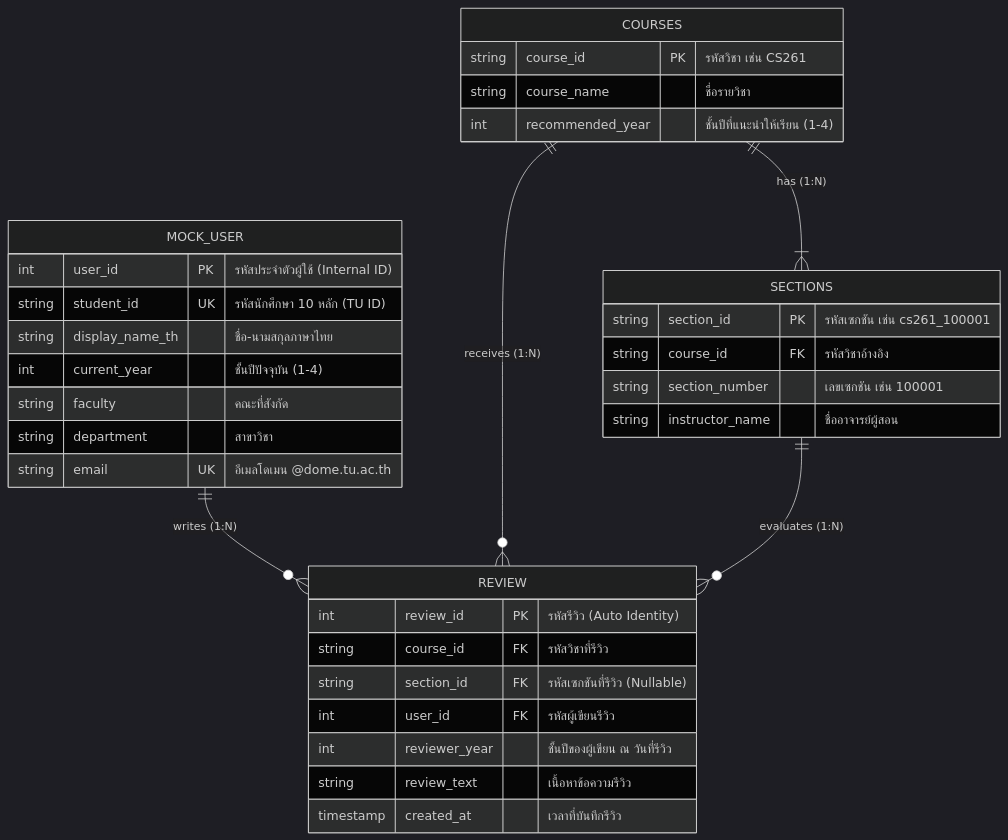
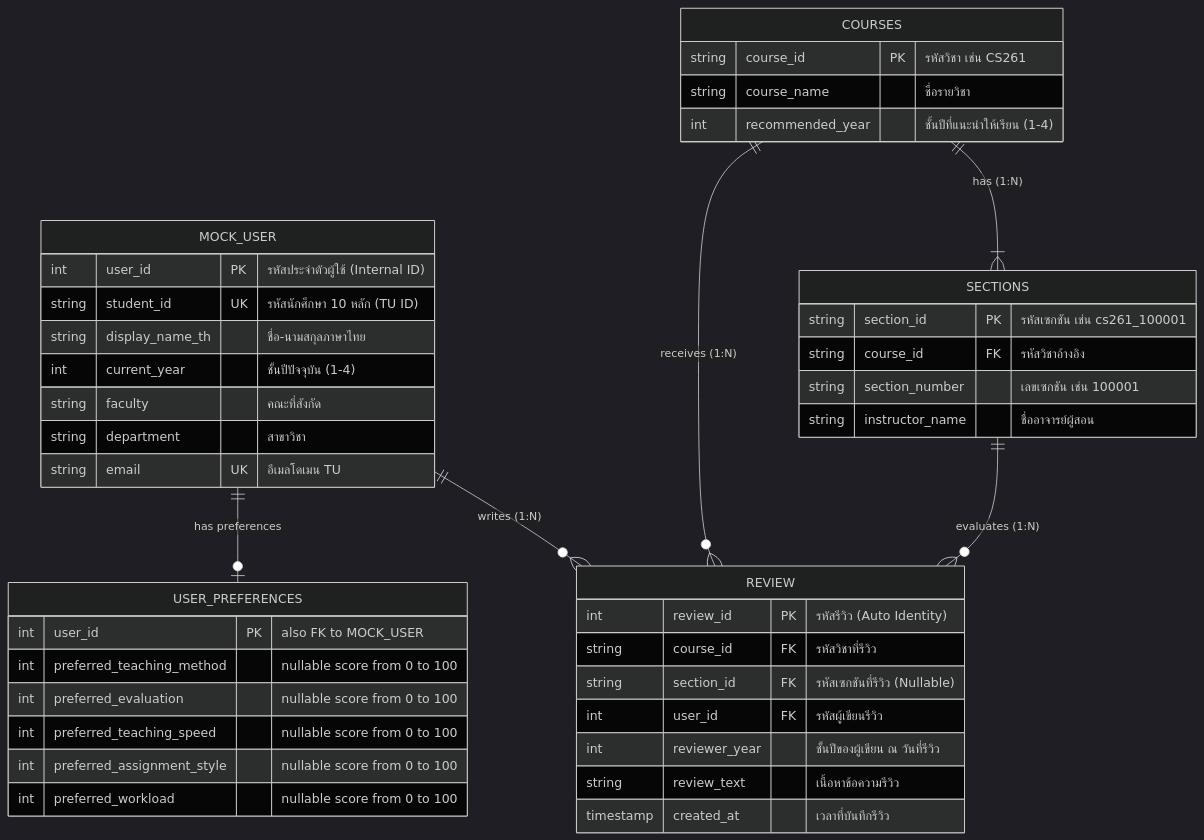
The first of 2 diagrams in docs/entity-database-table-mapping.md (jubiep/CSTU-NEXUS), drawn with Mermaid (dark theme) before and after one commit. The commit also changed other lines of this file and 10 other files, not shown here.

Commit message:
feat: add user preferences API and persistence

````diff
--- a/docs/entity-database-table-mapping.md
+++ b/docs/entity-database-table-mapping.md
@@ -47,40 +49,50 @@
 ```mermaid
 erDiagram
     MOCK_USER ||--o{ REVIEW : "writes (1:N)"
+    MOCK_USER ||--o| USER_PREFERENCES : "has preferences"
     COURSES ||--|{ SECTIONS : "has (1:N)"
     COURSES ||--o{ REVIEW : "receives (1:N)"
     SECTIONS ||--o{ REVIEW : "evaluates (1:N)"
 
     MOCK_USER {
         int user_id PK "รหัสประจำตัวผู้ใช้ (Internal ID)"
         string student_id UK "รหัสนักศึกษา 10 หลัก (TU ID)"
         string display_name_th "ชื่อ-นามสกุลภาษาไทย"
         int current_year "ชั้นปีปัจจุบัน (1-4)"
         string faculty "คณะที่สังกัด"
         string department "สาขาวิชา"
-        string email UK "อีเมลโดเมน @dome.tu.ac.th"
+        string email UK "อีเมลโดเมน TU"
     }
 
     COURSES {
         string course_id PK "รหัสวิชา เช่น CS261"
         string course_name "ชื่อรายวิชา"
         int recommended_year "ชั้นปีที่แนะนำให้เรียน (1-4)"
     }
 
     SECTIONS {
         string section_id PK "รหัสเซกชัน เช่น cs261_100001"
         string course_id FK "รหัสวิชาอ้างอิง"
         string section_number "เลขเซกชัน เช่น 100001"
         string instructor_name "ชื่ออาจารย์ผู้สอน"
     }
 
     REVIEW {
         int review_id PK "รหัสรีวิว (Auto Identity)"
         string course_id FK "รหัสวิชาที่รีวิว"
         string section_id FK "รหัสเซกชันที่รีวิว (Nullable)"
         int user_id FK "รหัสผู้เขียนรีวิว"
         int reviewer_year "ชั้นปีของผู้เขียน ณ วันที่รีวิว"
         string review_text "เนื้อหาข้อความรีวิว"
         timestamp created_at "เวลาที่บันทึกรีวิว"
     }
+
+    USER_PREFERENCES {
+        int user_id PK "also FK to MOCK_USER"
+        int preferred_teaching_method "nullable score from 0 to 100"
+        int preferred_evaluation "nullable score from 0 to 100"
+        int preferred_teaching_speed "nullable score from 0 to 100"
+        int preferred_assignment_style "nullable score from 0 to 100"
+        int preferred_workload "nullable score from 0 to 100"
+    }
 ```
````
